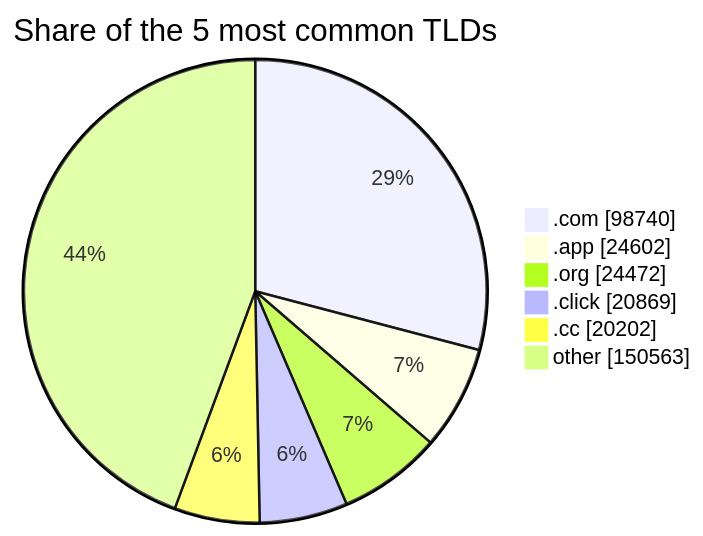
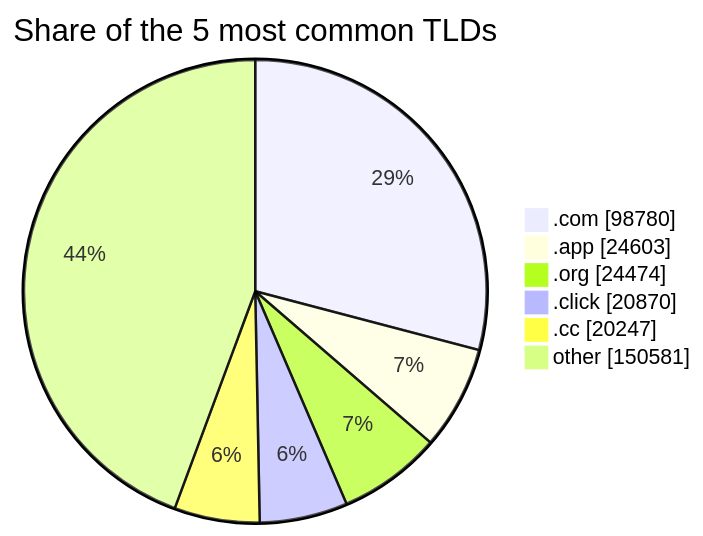
The third of 3 diagrams in README.md (DNSBunker/CTI), drawn with Mermaid before and after one commit. The commit also changed other lines of this file and 4 other files, not shown here.

````diff
--- a/README.md
+++ b/README.md
@@ -81,9 +81,9 @@
 ```mermaid
 pie showData title Share of the 5 most common TLDs
-    ".com" : 98740
-    ".app" : 24602
-    ".org" : 24472
-    ".click" : 20869
-    ".cc" : 20202
-    "other" : 150563
+    ".com" : 98780
+    ".app" : 24603
+    ".org" : 24474
+    ".click" : 20870
+    ".cc" : 20247
+    "other" : 150581
 ```
````
